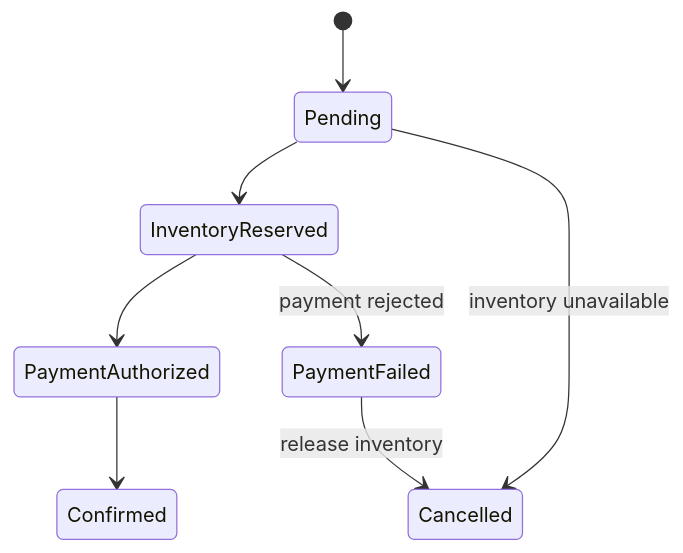
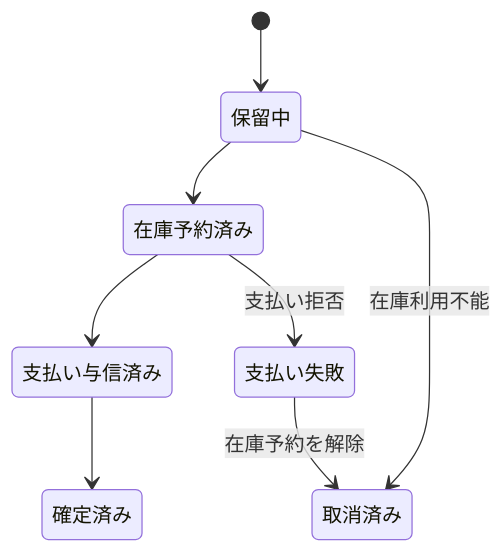
The seventh of 8 diagrams in src/content/docs/06-operations/18-capstone.md (hirunebot/database-systems-book), drawn with Mermaid before and after one commit. The commit also changed other lines of this file and 42 other files, not shown here.

````diff
--- a/src/content/docs/06-operations/18-capstone.md
+++ b/src/content/docs/06-operations/18-capstone.md
@@ -443,10 +443,16 @@
 ```mermaid
 stateDiagram-v2
+    state "保留中" as Pending
+    state "在庫予約済み" as InventoryReserved
+    state "支払い与信済み" as PaymentAuthorized
+    state "確定済み" as Confirmed
+    state "取消済み" as Cancelled
+    state "支払い失敗" as PaymentFailed
     [*] --> Pending
     Pending --> InventoryReserved
     InventoryReserved --> PaymentAuthorized
     PaymentAuthorized --> Confirmed
-    Pending --> Cancelled: inventory unavailable
-    InventoryReserved --> PaymentFailed: payment rejected
-    PaymentFailed --> Cancelled: release inventory
+    Pending --> Cancelled: 在庫利用不能
+    InventoryReserved --> PaymentFailed: 支払い拒否
+    PaymentFailed --> Cancelled: 在庫予約を解除
 ```
````
